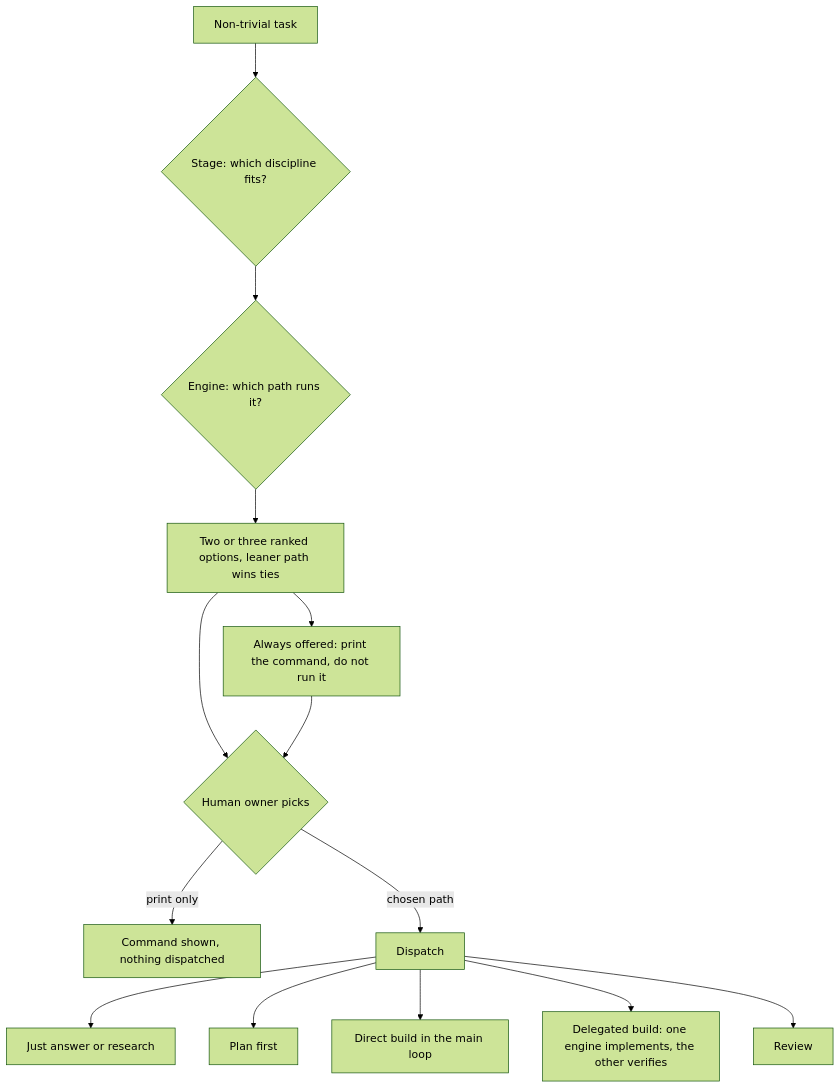
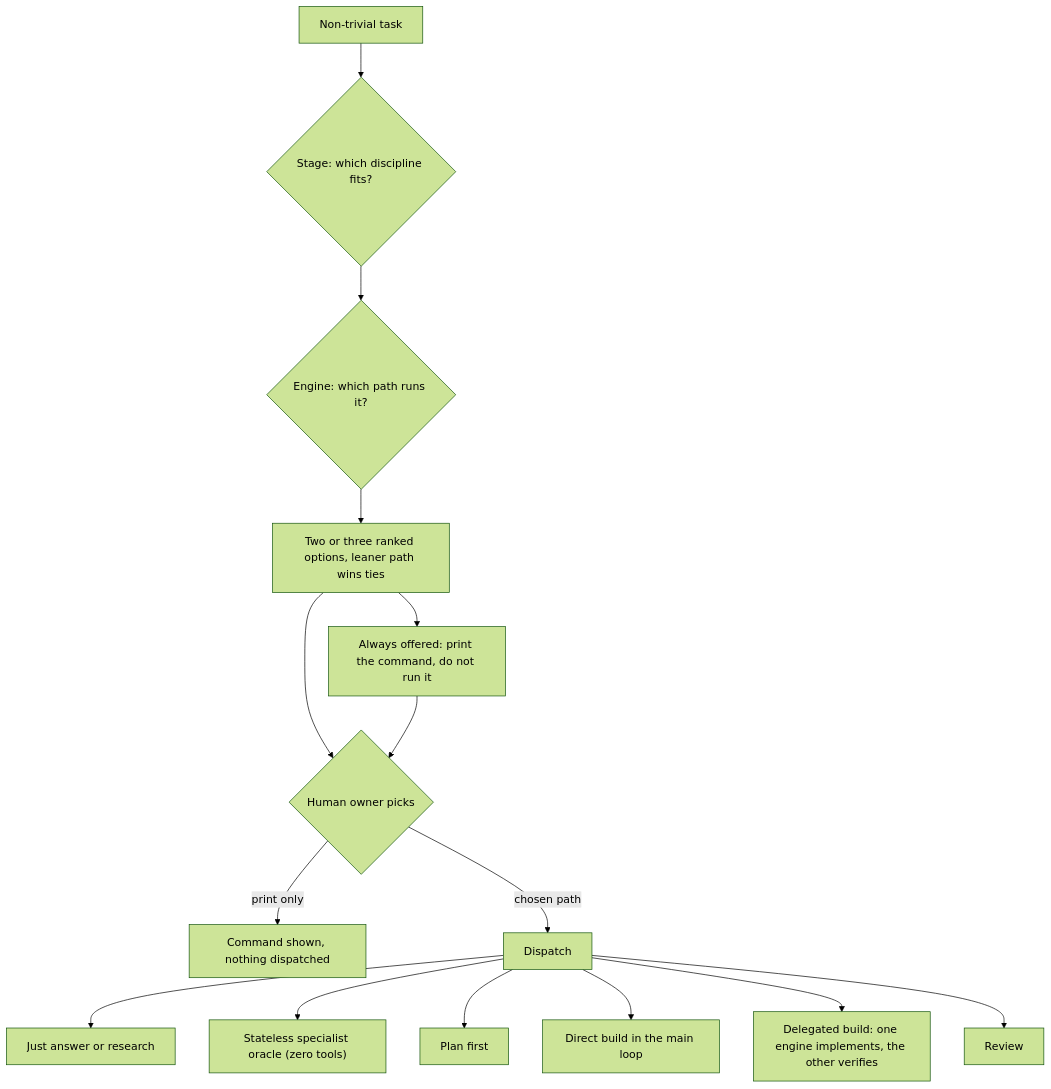
Before and after one commit to nathanmauro/agentic-workflows: the ninth of 10 diagrams in docs/diagrams.md, drawn with Mermaid (forest theme). The commit also changed other lines of this file and 10 other files, not shown here.

Commit message:
Refresh November 2026 Stack, Stateless Oracle Routing, And Herdr-Core Placement

````diff
--- a/docs/diagrams.md
+++ b/docs/diagrams.md
@@ -242,16 +243,17 @@
 ```mermaid
 flowchart TD
   Task["Non-trivial task"] --> Stage{"Stage: which discipline fits?"}
   Stage --> Engine{"Engine: which path runs it?"}
   Engine --> Ranked["Two or three ranked options, leaner path wins ties"]
   Ranked --> PrintOnly["Always offered: print the command, do not run it"]
   Ranked --> Pick{"Human owner picks"}
   PrintOnly --> Pick
   Pick -->|print only| Printed["Command shown, nothing dispatched"]
   Pick -->|chosen path| Dispatch["Dispatch"]
   Dispatch --> Answer["Just answer or research"]
+  Dispatch --> Oracle["Stateless specialist oracle (zero tools)"]
   Dispatch --> Plan["Plan first"]
   Dispatch --> Direct["Direct build in the main loop"]
   Dispatch --> Delegated["Delegated build: one engine implements, the other verifies"]
   Dispatch --> Review["Review"]
 ```
````
